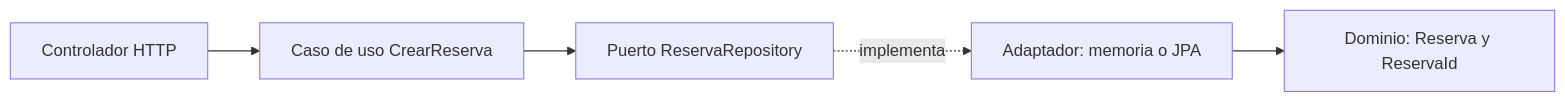
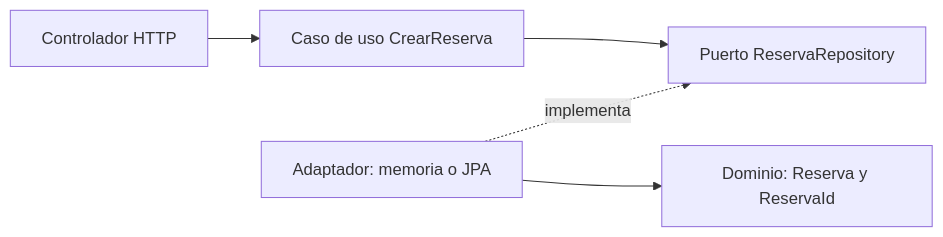
The first of 7 diagrams in web/public/content/spring-boot/modulo-22.md (NICORUIZ93/The_Imperial_Book), drawn with Mermaid before and after one commit. The commit also changed other lines of this file and 78 other files, not shown here.

````diff
--- a/web/public/content/spring-boot/modulo-22.md
+++ b/web/public/content/spring-boot/modulo-22.md
@@ -125,7 +125,7 @@
 ```mermaid
 flowchart LR
     Controlador["Controlador HTTP"] --> CasoUso["Caso de uso CrearReserva"]
     CasoUso --> Puerto["Puerto ReservaRepository"]
-    Puerto -.->|implementa| Adaptador["Adaptador: memoria o JPA"]
+    Adaptador["Adaptador: memoria o JPA"] -.->|implementa| Puerto
     Adaptador --> Dominio["Dominio: Reserva y ReservaId"]
 ```
````
